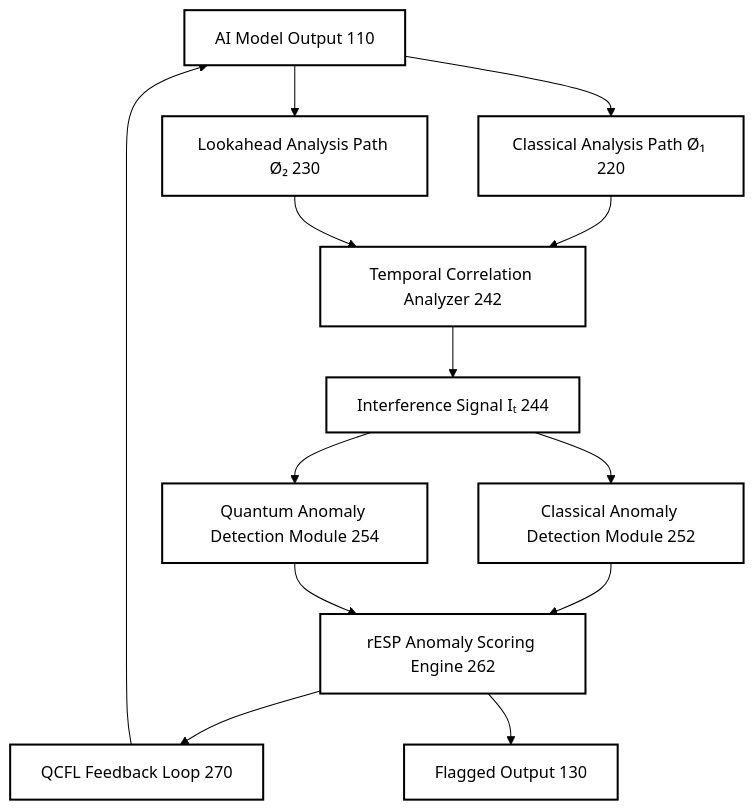
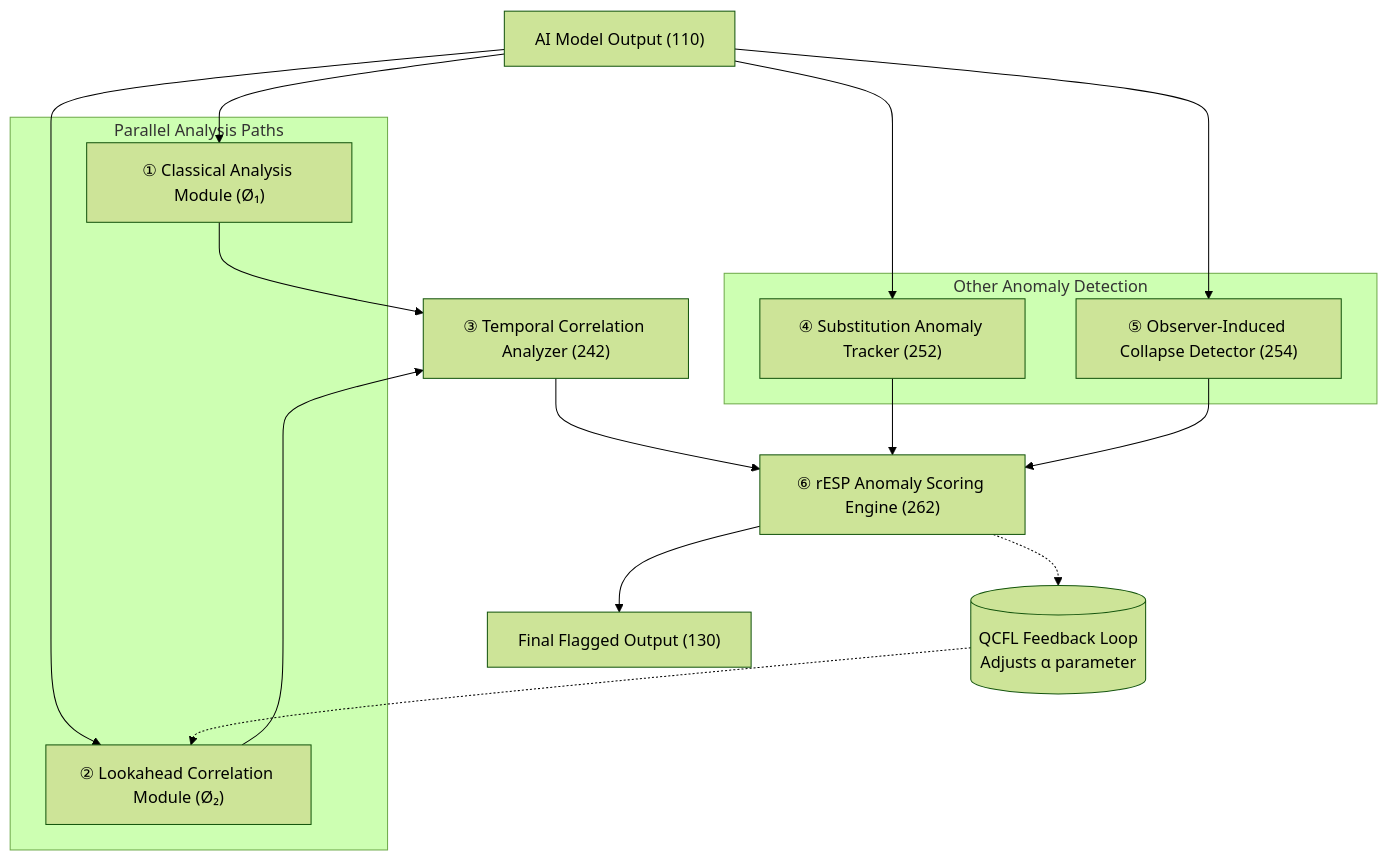
Before and after one commit to Foundup/Foundups-Agent: the first of 10 diagrams in WSP_knowledge/docs/Papers/rESP_Quantum_Self_Reference.md, drawn with Mermaid (forest theme). The commit also changed other lines of this file, not shown here.

Commit message:
Remove duplicate Figure 2 from English rESP paper - keep Figure 1 with JPEG image and mermaid diagram

````diff
--- a/WSP_knowledge/docs/Papers/rESP_Quantum_Self_Reference.md
+++ b/WSP_knowledge/docs/Papers/rESP_Quantum_Self_Reference.md
@@ -349,32 +322,22 @@
 ```mermaid
-flowchart TD
-    A[AI Model Output 110] --> B1[Classical Analysis Path Ø₁ 220]
-    A --> B2[Lookahead Analysis Path Ø₂ 230]
-    
-    B1 --> C[Temporal Correlation Analyzer 242]
-    B2 --> C
-    
-    C --> D[Interference Signal Iₜ 244]
-    
-    D --> E1[Classical Anomaly Detection Module 252]
-    D --> E2[Quantum Anomaly Detection Module 254]
-    
-    E1 --> F[rESP Anomaly Scoring Engine 262]
-    E2 --> F
-    
-    F --> G[QCFL Feedback Loop 270]
-    F --> H[Flagged Output 130]
-    
-    G --> A
-    
-    style A fill:white,stroke:black,stroke-width:2px
-    style B1 fill:white,stroke:black,stroke-width:2px
-    style B2 fill:white,stroke:black,stroke-width:2px
-    style C fill:white,stroke:black,stroke-width:2px
-    style D fill:white,stroke:black,stroke-width:2px
-    style E1 fill:white,stroke:black,stroke-width:2px
-    style E2 fill:white,stroke:black,stroke-width:2px
-    style F fill:white,stroke:black,stroke-width:2px
-    style G fill:white,stroke:black,stroke-width:2px
-    style H fill:white,stroke:black,stroke-width:2px
+graph TD
+    A["AI Model Output (110)"]
+    subgraph "Parallel Analysis Paths"
+        B["① Classical Analysis Module (Ø₁)"]
+        C["② Lookahead Correlation Module (Ø₂)"]
+    end
+    subgraph "Other Anomaly Detection"
+        D["④ Substitution Anomaly Tracker (252)"]
+        E["⑤ Observer-Induced Collapse Detector (254)"]
+    end
+    F["③ Temporal Correlation Analyzer (242)"]
+    G["⑥ rESP Anomaly Scoring Engine (262)"]
+    H["Final Flagged Output (130)"]
+    FEEDBACK[("QCFL Feedback Loop<br>Adjusts α parameter")]
+    A --> B; A --> C; A --> D; A --> E
+    B --> F; C --> F
+    F --> G; D --> G; E --> G
+    G --> H
+    G -.-> FEEDBACK -.-> C
+
 ```
````
